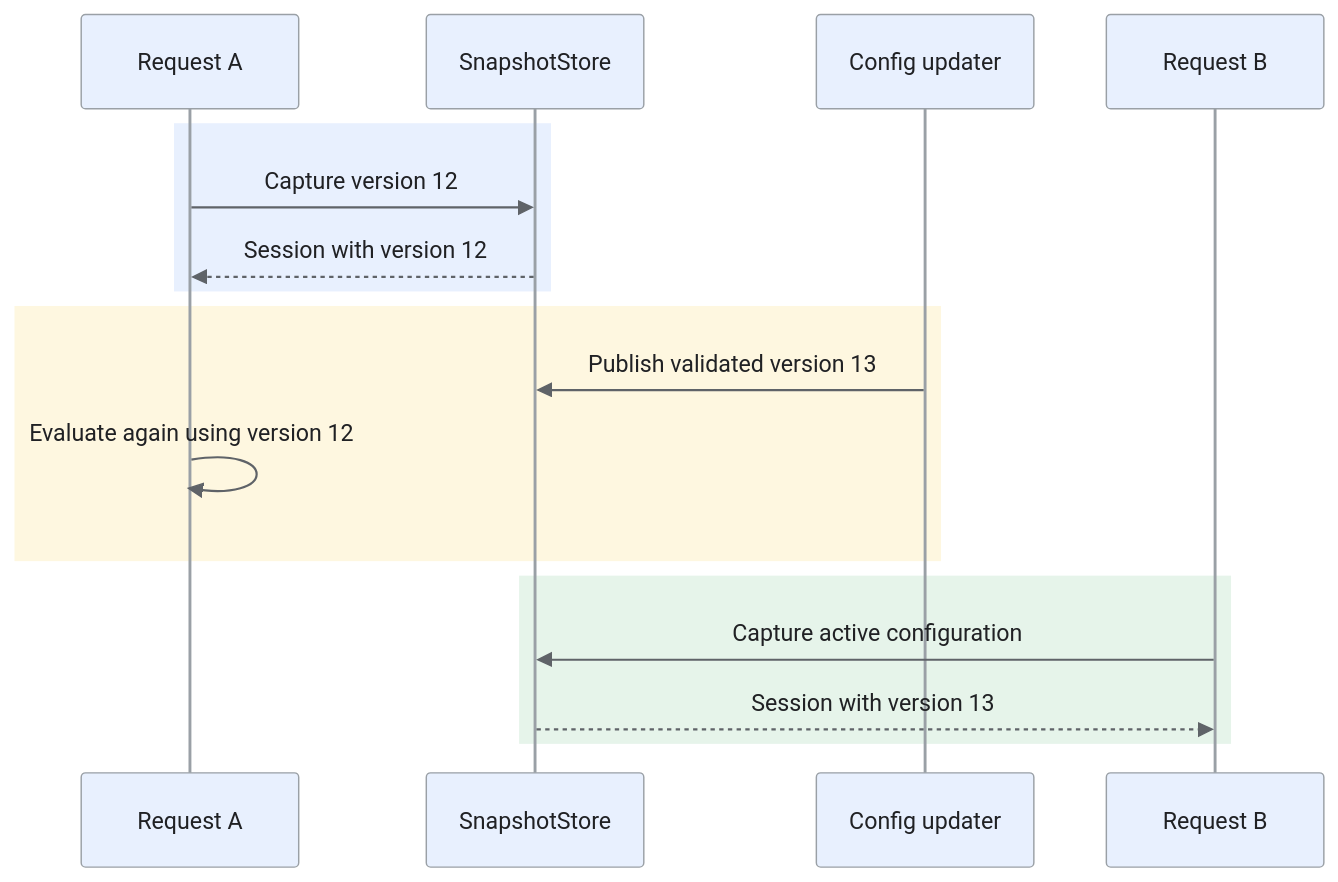
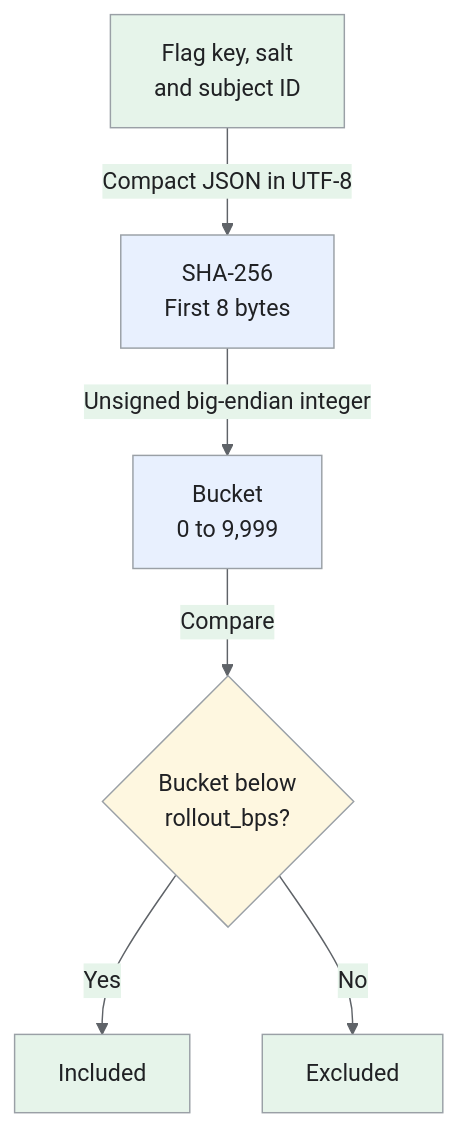
One commit to iliazlobin/iliazlobin.github.io changed the sixth of 6 diagrams in _designs/low-level-design-feature-flag-evaluator.md. Above: the diagram before and after it, drawn with Mermaid. The commit also changed other lines of this file and 116 other files, not shown here.

````diff
--- a/_designs/low-level-design-feature-flag-evaluator.md
+++ b/_designs/low-level-design-feature-flag-evaluator.md
@@ -350,22 +336,17 @@
 ```mermaid
 %%{init: {"theme":"base","themeVariables":{"primaryColor":"#e8f0fe","primaryBorderColor":"#9aa0a6","primaryTextColor":"#202124","secondaryColor":"#e6f4ea","tertiaryColor":"#fef7e0","lineColor":"#5f6368","actorBkg":"#e8f0fe","actorBorder":"#9aa0a6","actorTextColor":"#202124","noteBkgColor":"#fef7e0","noteBorderColor":"#9aa0a6","noteTextColor":"#202124","signalColor":"#5f6368","signalTextColor":"#202124"}}}%%
-sequenceDiagram
-    accTitle: Request-consistent configuration
-    accDescr: Request A keeps version 12 after an update, while a new request captures version 13.
-    participant A as Request A
-    participant S as SnapshotStore
-    participant U as Config updater
-    participant B as Request B
-    rect rgb(232, 240, 254)
-        A->>S: Capture version 12
-        S-->>A: Session with version 12
-    end
-    rect rgb(254, 247, 224)
-        U->>S: Publish validated version 13
-        A->>A: Evaluate again using version 12
-    end
-    rect rgb(230, 244, 234)
-        B->>S: Capture active configuration
-        S-->>B: Session with version 13
-    end
+flowchart TB
+    accTitle: Stable rollout calculation
+    accDescr: Stable inputs determine a bucket; only the comparison threshold changes as a rollout expands.
+    I["Flag key, salt<br>and subject ID"] -->|"Compact JSON in UTF-8"| H["SHA-256<br>First 8 bytes"]
+    H -->|"Unsigned big-endian integer"| B["Bucket<br>0 to 9,999"]
+    B -->|"Compare"| D{"Bucket below<br>rollout_bps?"}
+    D -->|"Yes"| Y["Included"]
+    D -->|"No"| N["Excluded"]
+    classDef service fill:#e8f0fe,stroke:#9aa0a6,color:#202124
+    classDef data fill:#e6f4ea,stroke:#9aa0a6,color:#202124
+    classDef control fill:#fef7e0,stroke:#9aa0a6,color:#202124
+    class H,B service
+    class I,Y,N data
+    class D control
 ```
````
